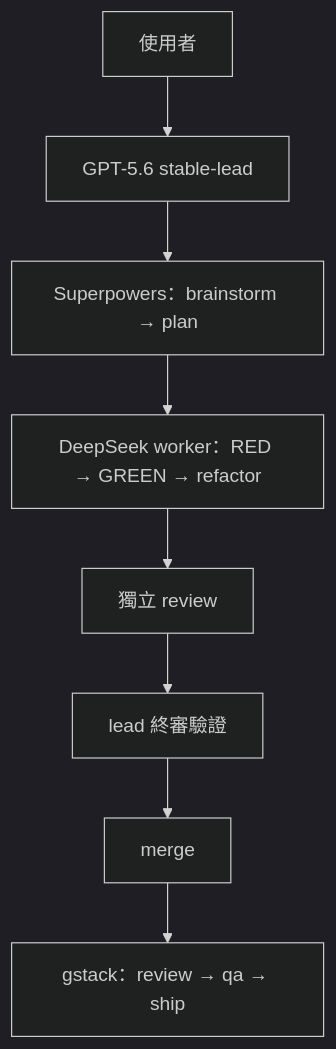
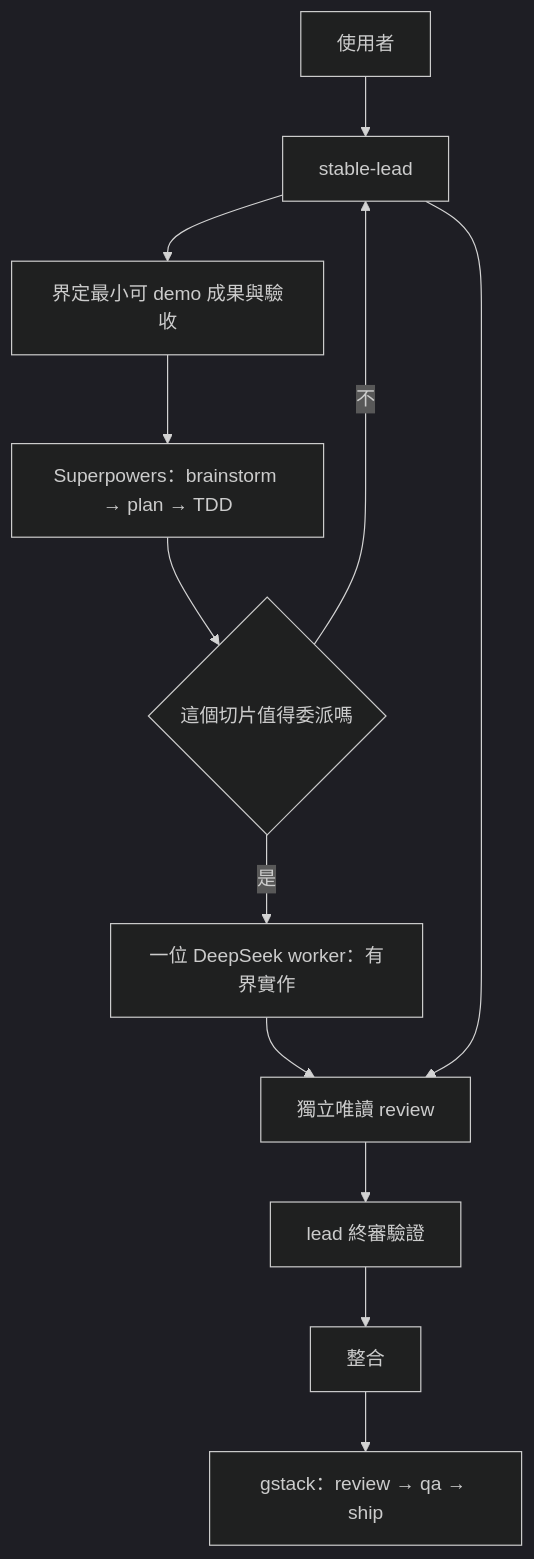
Before and after one commit to hh123456tw/ai-dev-workflow-kit: the diagram in README.md, drawn with Mermaid (dark theme). The commit also changed other lines of this file and 39 other files, not shown here.

````diff
--- a/README.md
+++ b/README.md
@@ -25,10 +18,14 @@
 ```mermaid
 flowchart TD
-  U[使用者] --> L[GPT-5.6 stable-lead]
-  L --> B[Superpowers：brainstorm → plan]
-  B --> W[DeepSeek worker：RED → GREEN → refactor]
-  W --> R[獨立 review]
+  U[使用者] --> L[stable-lead]
+  L --> S[界定最小可 demo 成果與驗收]
+  S --> B[Superpowers：brainstorm → plan → TDD]
+  B --> D{這個切片值得委派嗎}
+  D -->|不| L
+  D -->|是| W[一位 DeepSeek worker：有界實作]
+  W --> R[獨立唯讀 review]
+  L --> R
   R --> V[lead 終審驗證]
-  V --> M[merge]
+  V --> M[整合]
   M --> G[gstack：review → qa → ship]
 ```
````
